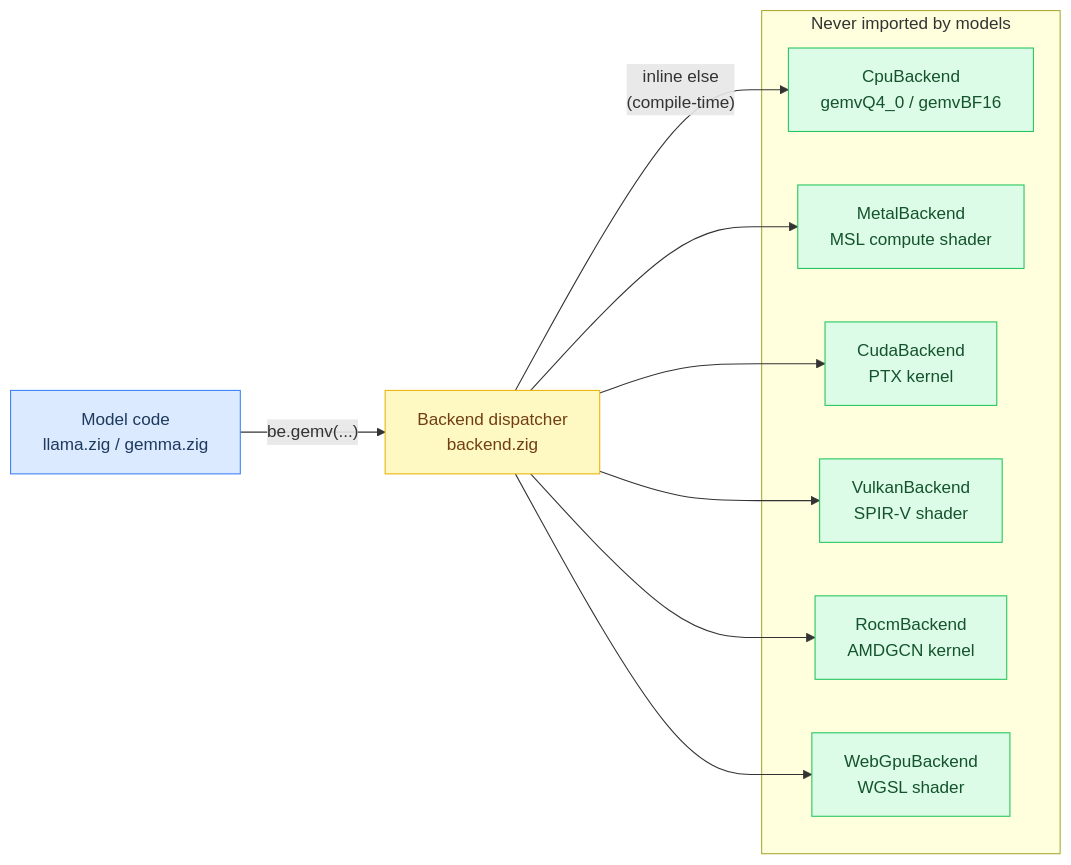
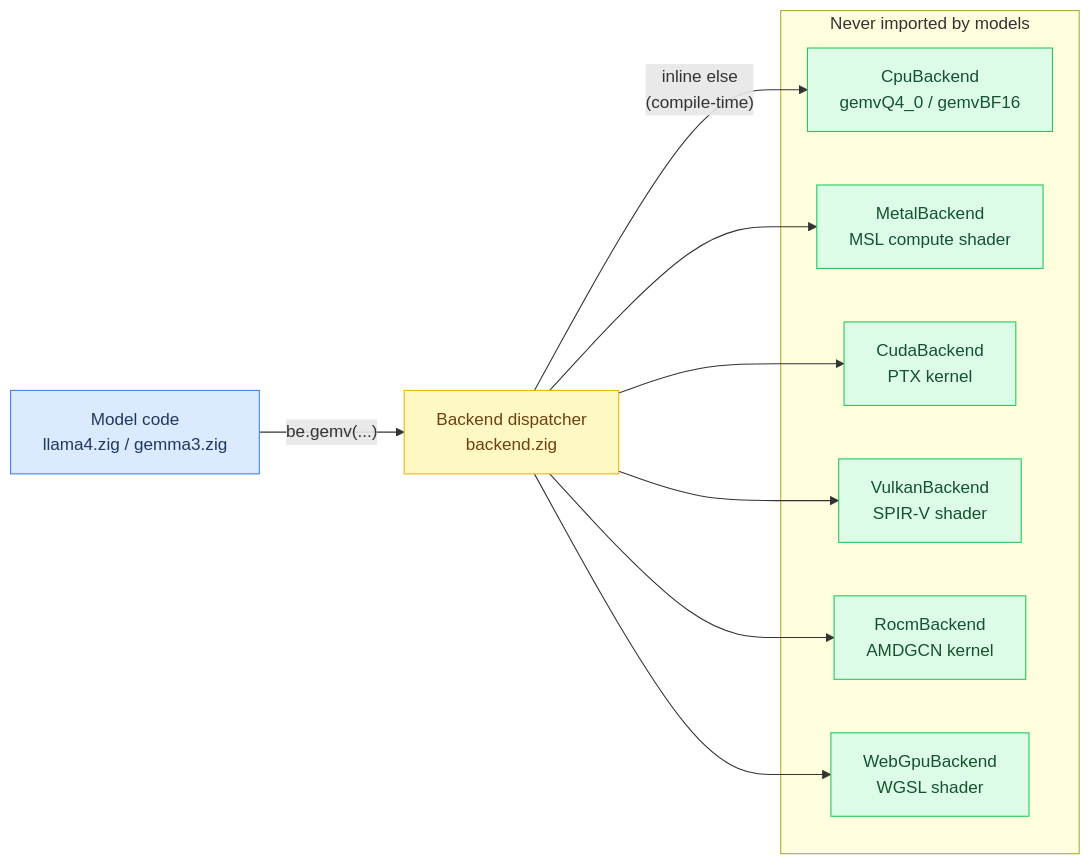
One commit to maci0/agave changed the third of 7 diagrams in docs/tutorial/08-backends.md. Above: the diagram before and after it, drawn with Mermaid. The commit also changed other lines of this file and 169 other files, not shown here.

````diff
--- a/docs/tutorial/08-backends.md
+++ b/docs/tutorial/08-backends.md
@@ -169,36 +169,36 @@
 ```mermaid
 flowchart LR
     classDef setup     fill:#dbeafe,stroke:#3b82f6,color:#1e3a5f
     classDef sync      fill:#dcfce7,stroke:#22c55e,color:#14532d
     classDef migration fill:#fef9c3,stroke:#eab308,color:#713f12
     classDef success   fill:#bbf7d0,stroke:#16a34a,color:#14532d
     classDef danger    fill:#fee2e2,stroke:#ef4444,color:#7f1d1d
     classDef optional  fill:#f3e8ff,stroke:#9333ea,color:#581c87
 
-    Model["Model code\nllama.zig / gemma.zig"]:::setup
+    Model["Model code\nllama4.zig / gemma3.zig"]:::setup
     Dispatcher["Backend dispatcher\nbackend.zig"]:::migration
     CPU["CpuBackend\ngemvQ4_0 / gemvBF16"]:::sync
     Metal["MetalBackend\nMSL compute shader"]:::sync
     CUDA["CudaBackend\nPTX kernel"]:::sync
     Vulkan["VulkanBackend\nSPIR-V shader"]:::sync
     ROCm["RocmBackend\nAMDGCN kernel"]:::sync
     WebGPU["WebGpuBackend\nWGSL shader"]:::sync
 
     Model -->|"be.gemv(...)"| Dispatcher
 
     Dispatcher -->|"inline else\n(compile-time)"| CPU
     Dispatcher --> Metal
     Dispatcher --> CUDA
     Dispatcher --> Vulkan
     Dispatcher --> ROCm
     Dispatcher --> WebGPU
 
     subgraph "Never imported by models"
         CPU
         Metal
         CUDA
         Vulkan
         ROCm
         WebGPU
     end
 ```
````
